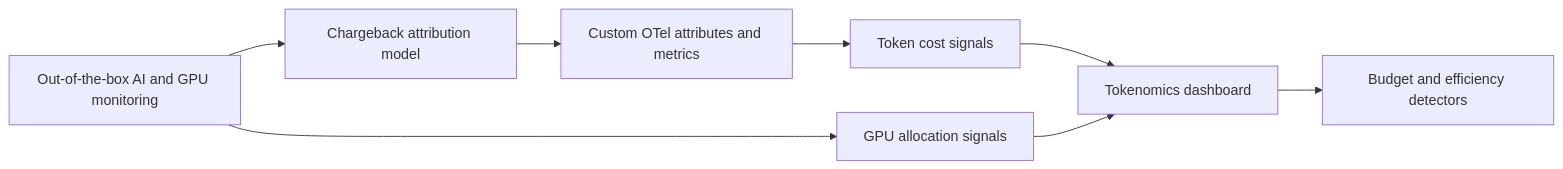
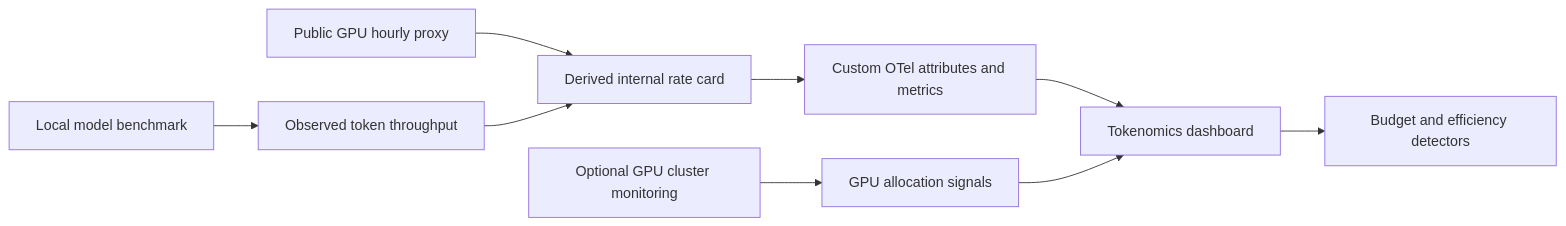
Before and after one commit to splunk/observability-workshop: the diagram in content/en/ninja-workshops/ai/14-ai-tokenomics-chargeback/_index.md, drawn with Mermaid. The commit also changed other lines of this file and 7 other files, not shown here.

Commit message:
Add local AI tokenomics chargeback lab

````diff
--- a/content/en/ninja-workshops/ai/14-ai-tokenomics-chargeback/_index.md
+++ b/content/en/ninja-workshops/ai/14-ai-tokenomics-chargeback/_index.md
@@ -35,10 +40,11 @@
 ```mermaid
 flowchart LR
-    OOTB["Out-of-the-box AI and GPU monitoring"] --> Model["Chargeback attribution model"]
-    Model --> Instr["Custom OTel attributes and metrics"]
-    Instr --> TokenCost["Token cost signals"]
-    OOTB --> GPUCost["GPU allocation signals"]
-    TokenCost --> Dashboard["Tokenomics dashboard"]
+    Local["Local model benchmark"] --> Throughput["Observed token throughput"]
+    Public["Public GPU hourly proxy"] --> RateCard["Derived internal rate card"]
+    Throughput --> RateCard
+    RateCard --> Instr["Custom OTel attributes and metrics"]
+    OOTB["Optional GPU cluster monitoring"] --> GPUCost["GPU allocation signals"]
+    Instr --> Dashboard["Tokenomics dashboard"]
     GPUCost --> Dashboard
     Dashboard --> Detectors["Budget and efficiency detectors"]
 ```
````
